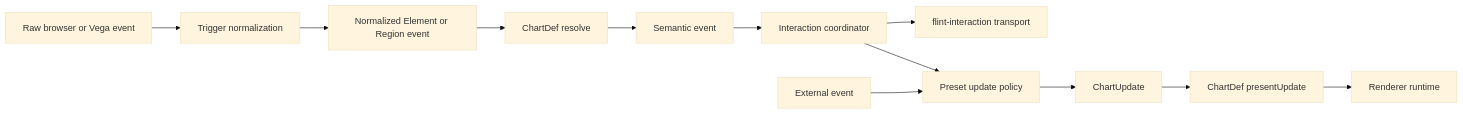
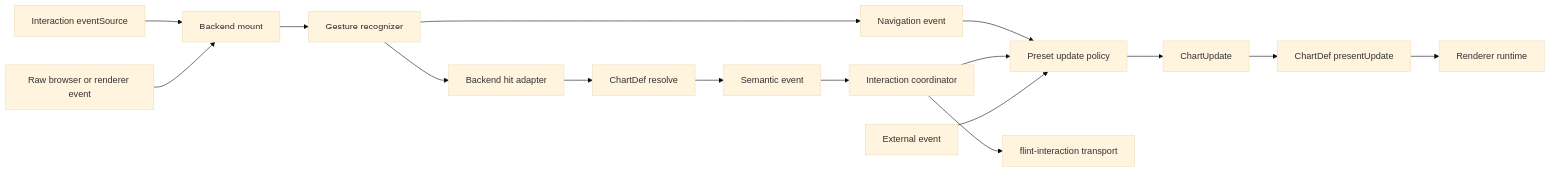
One commit to microsoft/flint-chart changed the first of 5 diagrams in packages/flint-js/src/interactive/README.md. Above: the diagram before and after it, drawn with Mermaid (base theme). The commit also changed other lines of this file and 63 other files, not shown here.

````diff
--- a/packages/flint-js/src/interactive/README.md
+++ b/packages/flint-js/src/interactive/README.md
@@ -20,14 +20,18 @@
 ```mermaid
 flowchart LR
-    A[Raw browser or Vega event] --> B[Trigger normalization]
-    B --> C[Normalized Element or Region event]
-    C --> D[ChartDef resolve]
+    S[Interaction eventSource] --> B[Backend mount]
+    A[Raw browser or renderer event] --> B
+    B --> C[Gesture recognizer]
+    C --> N[Navigation event]
+    N --> H[Preset update policy]
+    C --> R[Backend hit adapter]
+    R --> D[ChartDef resolve]
     D --> E[Semantic event]
     E --> F[Interaction coordinator]
     F --> G[flint-interaction transport]
     F --> H[Preset update policy]
     X[External event] --> H
     H --> I[ChartUpdate]
     I --> J[ChartDef presentUpdate]
     J --> K[Renderer runtime]
 ```
````
